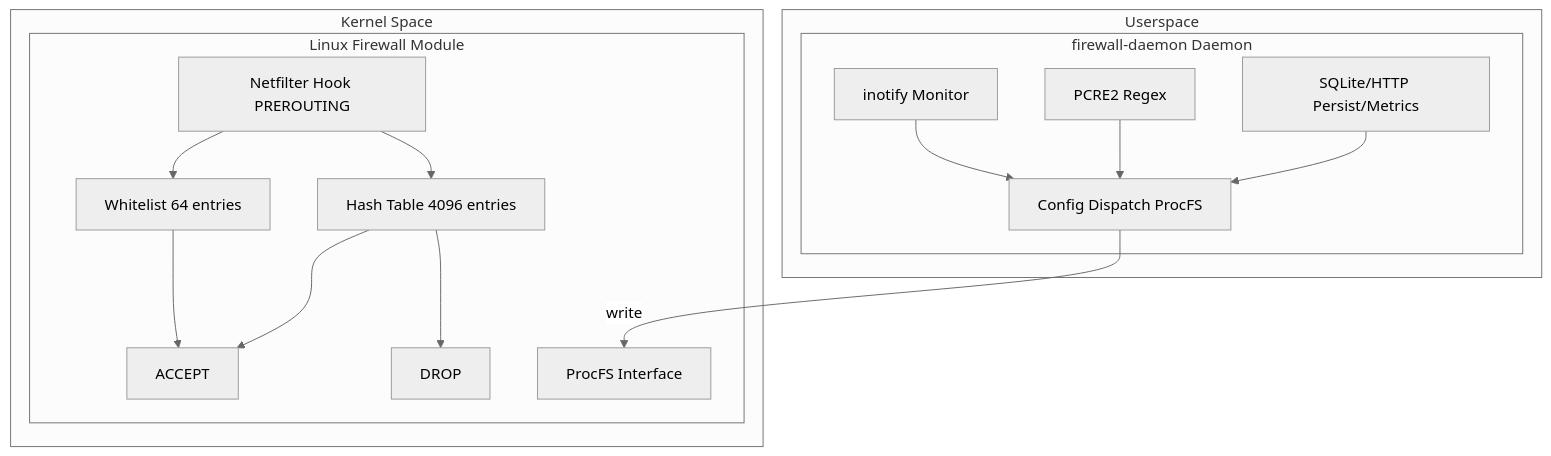
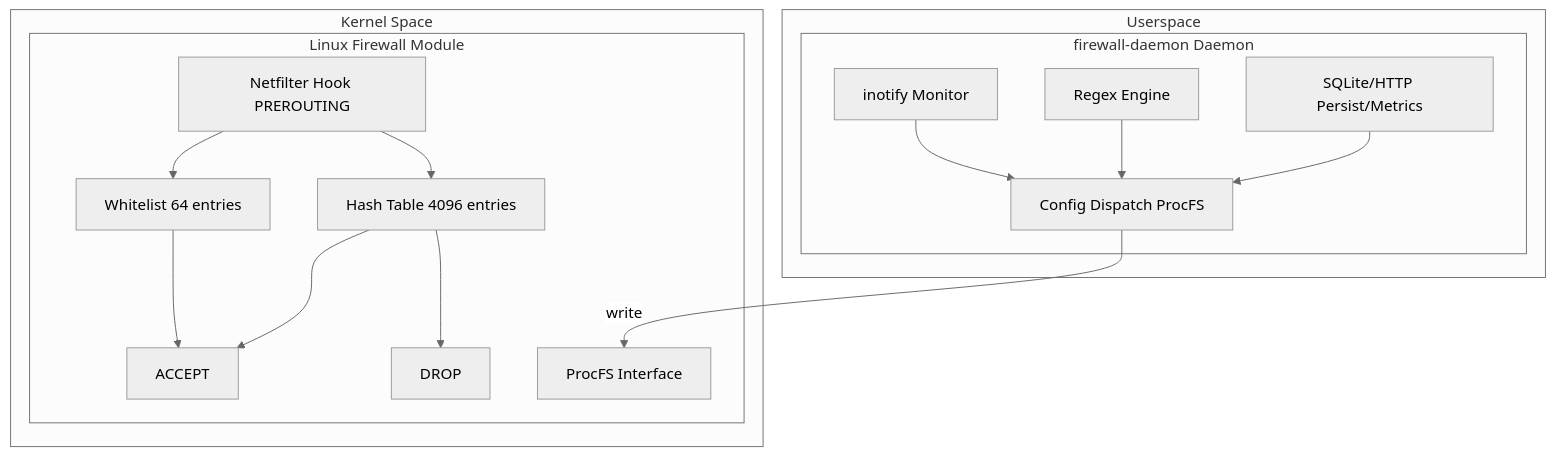
One commit to SnowCore8/linux-firewall-kmod changed the first of 2 diagrams in docs/en/architecture/README.md. Above: the diagram before and after it, drawn with Mermaid (neutral theme). The commit also changed other lines of this file and 35 other files, not shown here.

````diff
--- a/docs/en/architecture/README.md
+++ b/docs/en/architecture/README.md
@@ -9,34 +9,34 @@
 ```mermaid
 graph TB
     subgraph UserSpace["Userspace"]
         subgraph Daemon["firewall-daemon Daemon"]
             Inotify["inotify Monitor"]
-            PCRE2["PCRE2 Regex"]
+            Regex["Regex Engine"]
             SQLite["SQLite/HTTP Persist/Metrics"]
             ProcFS_Client["Config Dispatch ProcFS"]
-            
+
             Inotify --> ProcFS_Client
-            PCRE2 --> ProcFS_Client
+            Regex --> ProcFS_Client
             SQLite --> ProcFS_Client
         end
     end
 
     subgraph KernelSpace["Kernel Space"]
         subgraph Firewall["Linux Firewall Module"]
             Netfilter["Netfilter Hook PREROUTING"]
             Whitelist["Whitelist 64 entries"]
             HashTable["Hash Table 4096 entries"]
             Accept["ACCEPT"]
             Drop["DROP"]
             ProcFS_Server["ProcFS Interface"]
             
             Netfilter --> Whitelist
             Netfilter --> HashTable
             Whitelist --> Accept
             HashTable --> Accept
             HashTable --> Drop
         end
     end
 
     ProcFS_Client -->|"write"| ProcFS_Server
 ```
````
